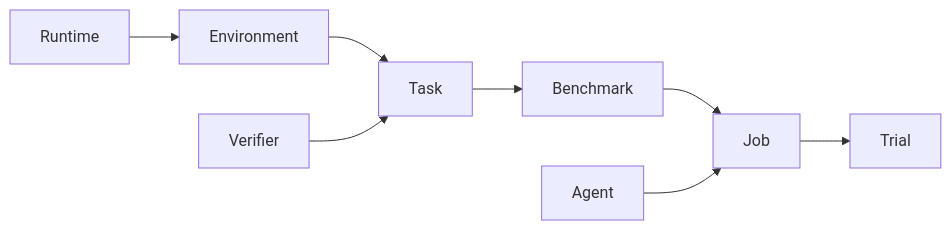
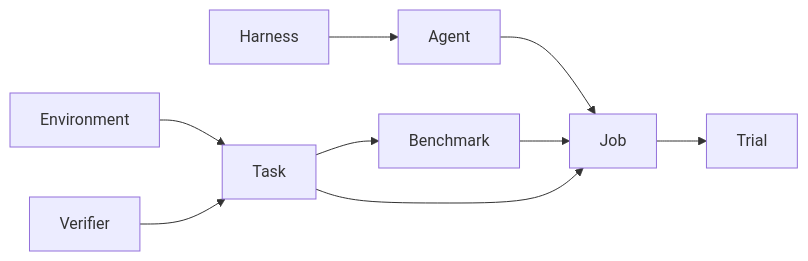
The diagram in docs/getting-started/concepts.md (lastlabs-ai/plural), drawn with Mermaid before and after one commit. The commit also changed other lines of this file and 106 other files, not shown here.

````diff
--- a/docs/getting-started/concepts.md
+++ b/docs/getting-started/concepts.md
@@ -15,18 +15,19 @@
 ```mermaid
 flowchart LR
-  runtime[Runtime]
   env[Environment]
   ver[Verifier]
   task[Task]
+  agent[Agent]
+  harness[Harness]
   bench[Benchmark]
-  agent[Agent]
   job[Job]
   trial[Trial]
-  runtime --> env
   env --> task
   ver --> task
   task --> bench
+  harness --> agent
+  agent --> job
   bench --> job
-  agent --> job
+  task --> job
   job --> trial
 ```
````
